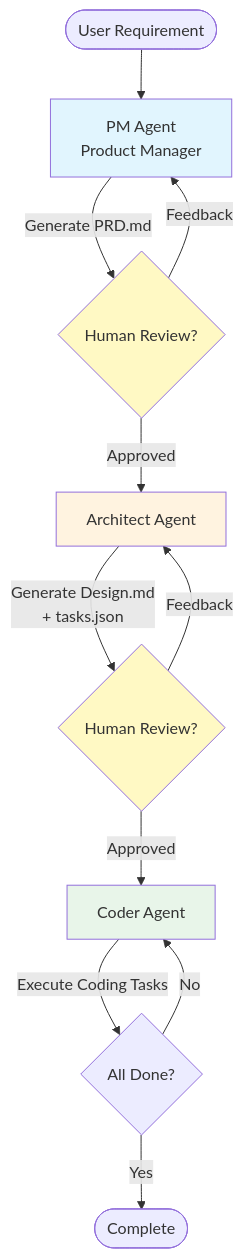
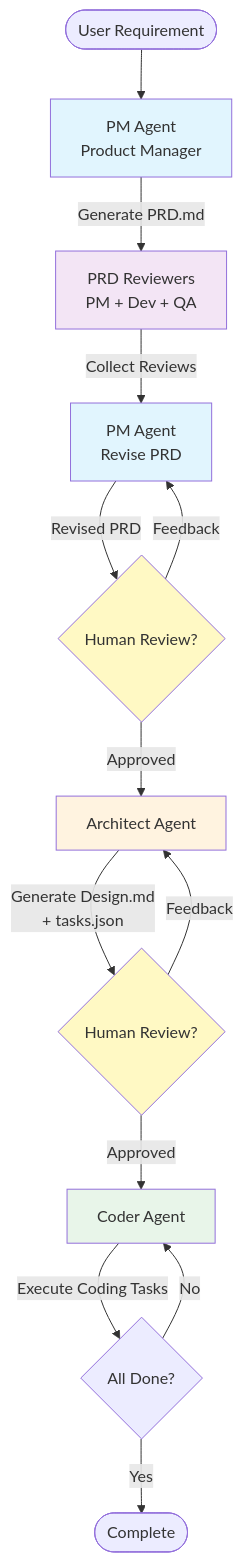
One commit to gptmaas/autodev-agents changed the diagram in README.md. Above: the diagram before and after it, drawn with Mermaid. The commit also changed other lines of this file, not shown here.

````diff
--- a/README.md
+++ b/README.md
@@ -20,21 +20,25 @@
 ```mermaid
 flowchart TD
     Start([User Requirement]) --> PM[PM Agent<br/>Product Manager]
-    PM --> |Generate PRD.md| PRD_Interrupt{Human Review?}
+    PM --> |Generate PRD.md| PM_Reviewer[PRD Reviewers<br/>PM + Dev + QA]
+    PM_Reviewer --> |Collect Reviews| PM_Revise[PM Agent<br/>Revise PRD]
+    PM_Revise --> |Revised PRD| PRD_Interrupt{Human Review?}
     PRD_Interrupt -->|Approved| Architect[Architect Agent]
-    PRD_Interrupt -->|Feedback| PM
+    PRD_Interrupt -->|Feedback| PM_Revise
 
     Architect --> |Generate Design.md<br/>+ tasks.json| Design_Interrupt{Human Review?}
     Design_Interrupt -->|Approved| Coder[Coder Agent]
     Design_Interrupt -->|Feedback| Architect
 
     Coder --> |Execute Coding Tasks| Check{All Done?}
     Check -->|No| Coder
     Check -->|Yes| End([Complete])
 
     style PM fill:#e1f5fe
+    style PM_Reviewer fill:#f3e5f5
+    style PM_Revise fill:#e1f5fe
     style Architect fill:#fff3e0
     style Coder fill:#e8f5e9
     style PRD_Interrupt fill:#fff9c4
     style Design_Interrupt fill:#fff9c4
 ```
````
